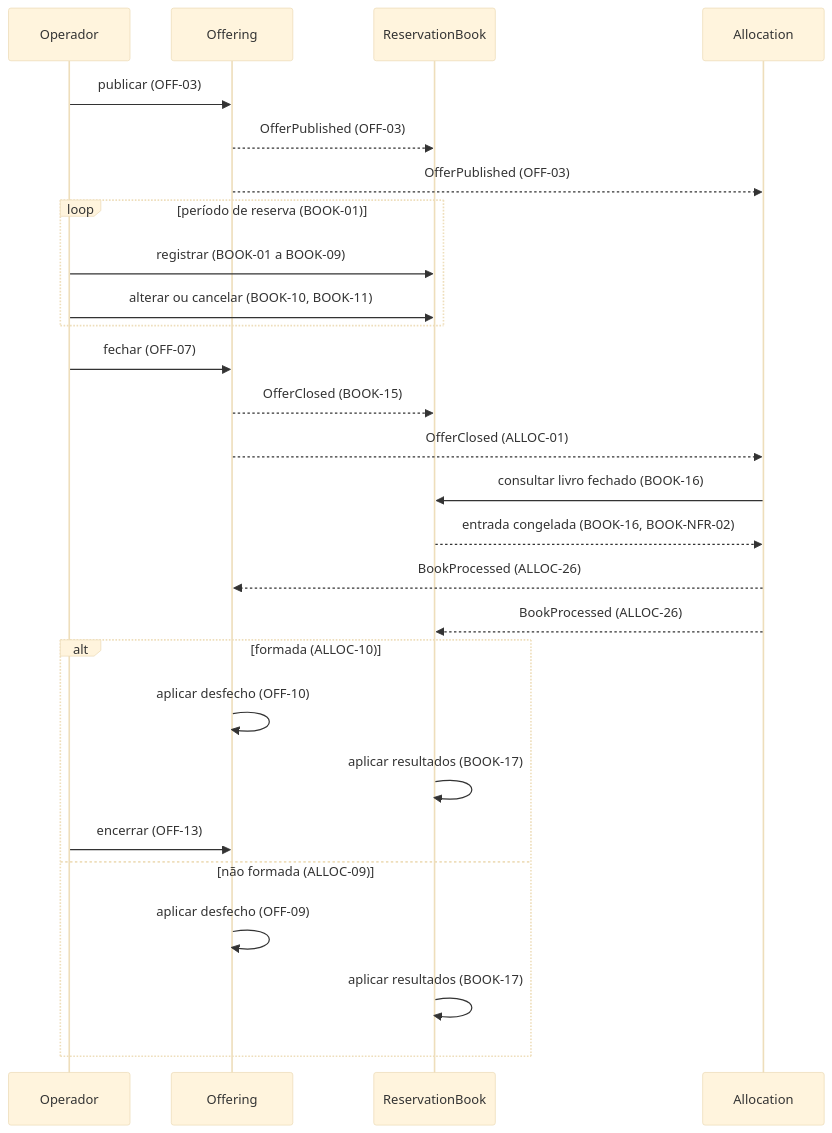
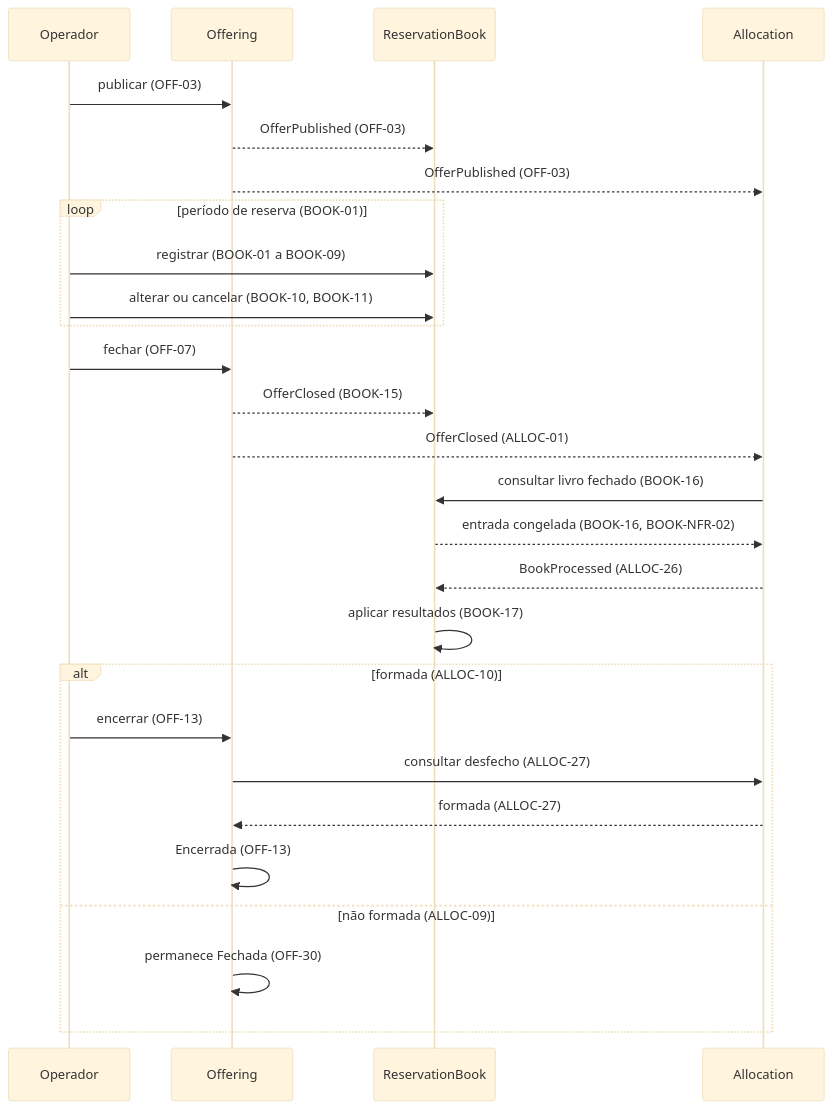
The first of 2 diagrams in docs/prd/0000-platform-overview.md (guilhermesalvi/fund-distribution-platform), drawn with Mermaid (base theme) before and after one commit. The commit also changed other lines of this file and 2 other files, not shown here.

Commit message:
docs: move offer outcome ownership to allocation

````diff
--- a/docs/prd/0000-platform-overview.md
+++ b/docs/prd/0000-platform-overview.md
@@ -41,29 +41,29 @@
 ```mermaid
 sequenceDiagram
     participant Operador
     participant Offering
     participant ReservationBook
     participant Allocation
     Operador->>Offering: publicar (OFF-03)
     Offering-->>ReservationBook: OfferPublished (OFF-03)
     Offering-->>Allocation: OfferPublished (OFF-03)
     loop período de reserva (BOOK-01)
         Operador->>ReservationBook: registrar (BOOK-01 a BOOK-09)
         Operador->>ReservationBook: alterar ou cancelar (BOOK-10, BOOK-11)
     end
     Operador->>Offering: fechar (OFF-07)
     Offering-->>ReservationBook: OfferClosed (BOOK-15)
     Offering-->>Allocation: OfferClosed (ALLOC-01)
     Allocation->>ReservationBook: consultar livro fechado (BOOK-16)
     ReservationBook-->>Allocation: entrada congelada (BOOK-16, BOOK-NFR-02)
-    Allocation-->>Offering: BookProcessed (ALLOC-26)
     Allocation-->>ReservationBook: BookProcessed (ALLOC-26)
+    ReservationBook->>ReservationBook: aplicar resultados (BOOK-17)
     alt formada (ALLOC-10)
-        Offering->>Offering: aplicar desfecho (OFF-10)
-        ReservationBook->>ReservationBook: aplicar resultados (BOOK-17)
         Operador->>Offering: encerrar (OFF-13)
+        Offering->>Allocation: consultar desfecho (ALLOC-27)
+        Allocation-->>Offering: formada (ALLOC-27)
+        Offering->>Offering: Encerrada (OFF-13)
     else não formada (ALLOC-09)
-        Offering->>Offering: aplicar desfecho (OFF-09)
-        ReservationBook->>ReservationBook: aplicar resultados (BOOK-17)
+        Offering->>Offering: permanece Fechada (OFF-30)
     end
 ```
````
